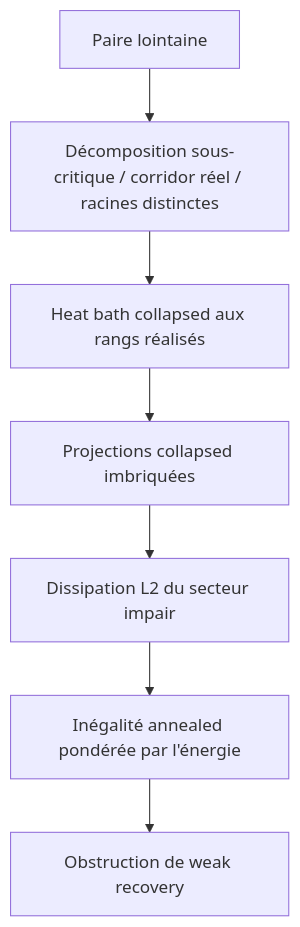
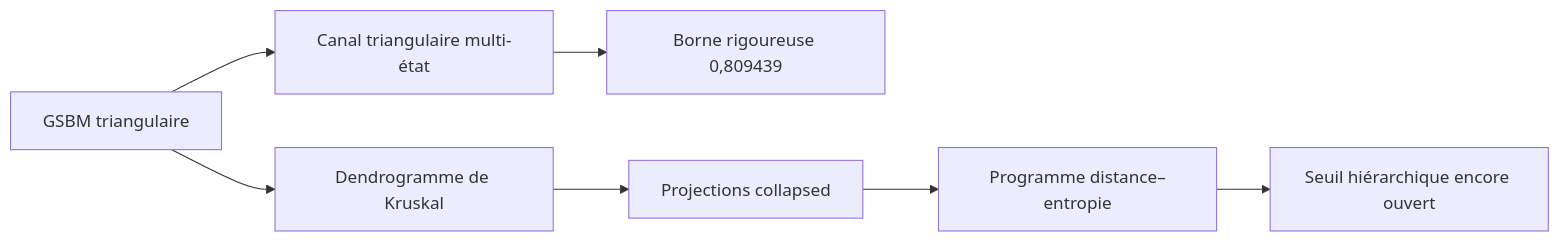
Before and after one commit to Ludwig-H/Presentation-MathNet-2026-06-15: the diagram in research/hierarchical-swendsen-wang/README.md, drawn with Mermaid. The commit also changed other lines of this file and 94 other files, not shown here.

Commit message:
docs: reorganize research into a pedagogical roadmap

````diff
--- a/research/hierarchical-swendsen-wang/README.md
+++ b/research/hierarchical-swendsen-wang/README.md
@@ -155,9 +78,9 @@
 ```mermaid
-flowchart TD
-    P["Paire lointaine"] --> D["Décomposition sous-critique / corridor réel / racines distinctes"]
-    D --> H["Heat bath collapsed aux rangs réalisés"]
-    H --> X["Projections collapsed imbriquées"]
-    X --> T["Dissipation L2 du secteur impair"]
-    T --> A["Inégalité annealed pondérée par l'énergie"]
-    A --> W["Obstruction de weak recovery"]
+flowchart LR
+    M["GSBM triangulaire"] --> C["Canal triangulaire multi-état"]
+    C --> R["Borne rigoureuse 0,809439"]
+    M --> D["Dendrogramme de Kruskal"]
+    D --> P["Projections collapsed"]
+    P --> E["Programme distance–entropie"]
+    E --> O["Seuil hiérarchique encore ouvert"]
 ```
````
